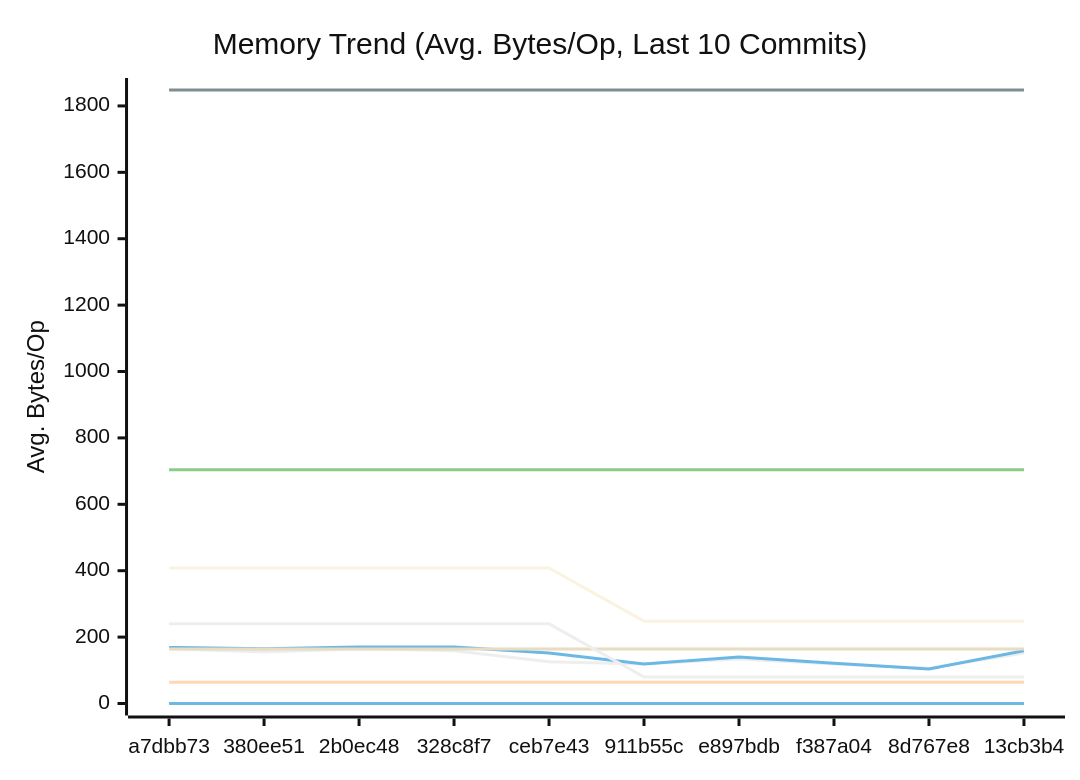
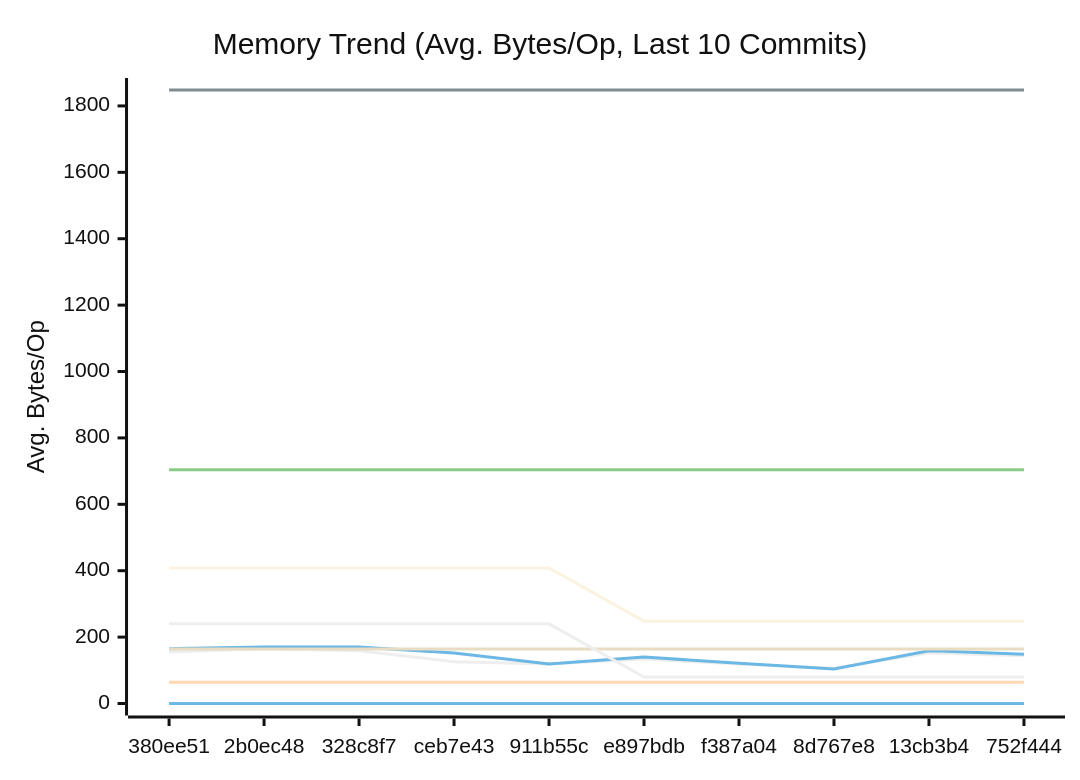
Before and after one commit to alsotoes/momo: the second of 3 diagrams in docs/PERFORMANCE.md, drawn with Mermaid (neutral theme). The commit also changed other lines of this file and 2 other files, not shown here.

````diff
--- a/docs/PERFORMANCE.md
+++ b/docs/PERFORMANCE.md
@@ -171,20 +171,20 @@
 ```mermaid
 xychart-beta
     title "Memory Trend (Avg. Bytes/Op, Last 10 Commits)"
     x-axis "Commit"
     y-axis "Avg. Bytes/Op"
-    x-axis [a7dbb73,380ee51,2b0ec48,328c8f7,ceb7e43,911b55c,e897bdb,f387a04,8d767e8,13cb3b4]
-    line "AWSChunkedReaderSigned" [165,155,165,159,126,119,134,119,106,152]
-    line "AWSChunkedReaderUnsigned" [169,165,170,170,152,119,140,121,104,159]
+    x-axis [380ee51,2b0ec48,328c8f7,ceb7e43,911b55c,e897bdb,f387a04,8d767e8,13cb3b4,752f444]
+    line "AWSChunkedReaderSigned" [155,165,159,126,119,134,119,106,152,144]
+    line "AWSChunkedReaderUnsigned" [165,170,170,152,119,140,121,104,159,148]
     line "CheckMetricsAndSwap" [0,0,0,0,0,0,0,0,0,0]
     line "CrushOptimized" [0,0,0,0,0,0,0,0,0,0]
     line "CrushOriginal" [164,164,164,164,164,164,164,164,164,164]
     line "IndexDirectTracking" [0,0,0,0,0,0,0,0,0,0]
     line "IndexSearch" [0,0,0,0,0,0,0,0,0,0]
     line "LoadGlobalConfig" [1848,1848,1848,1848,1848,1848,1848,1848,1848,1848]
     line "PadString" [64,64,64,64,64,64,64,64,64,64]
     line "ParseReplicationOrder_NoPrealloc" [408,408,408,408,408,248,248,248,248,248]
     line "ParseReplicationOrder_Prealloc" [240,240,240,240,240,80,80,80,80,80]
     line "SanitizeLog/Safe" [0,0,0,0,0,0,0,0,0,0]
     line "SanitizeLog/Unsafe" [704,704,704,704,704,704,704,704,704,704]
 ```
````
